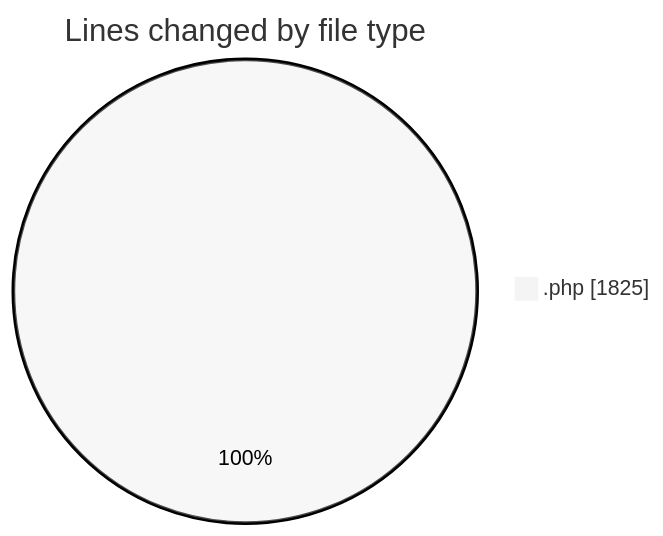
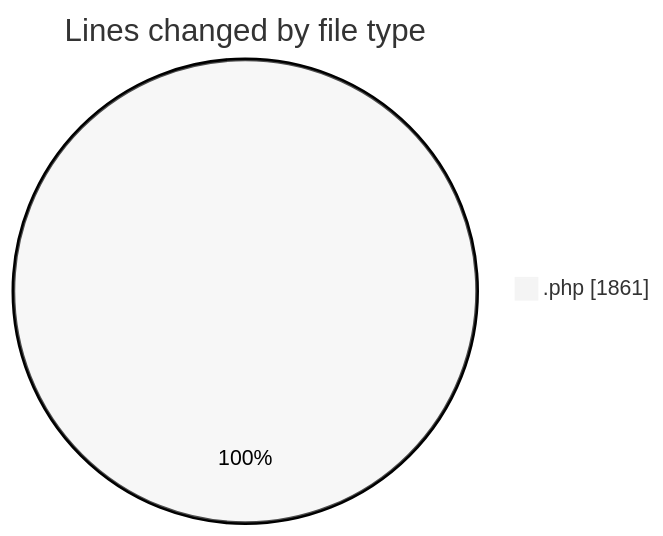
One commit to debugP/code-tracking changed the first of 2 diagrams in 2025-10-02/untitled__workspace_/README.md. Above: the diagram before and after it, drawn with Mermaid (neutral theme). The commit also changed other lines of this file and 1 other file, not shown here.

````diff
--- a/2025-10-02/untitled__workspace_/README.md
+++ b/2025-10-02/untitled__workspace_/README.md
@@ -21,5 +21,5 @@
 ```mermaid
 pie showData
 title Lines changed by file type
-".php" : 1825
+".php" : 1861
 ```
````
